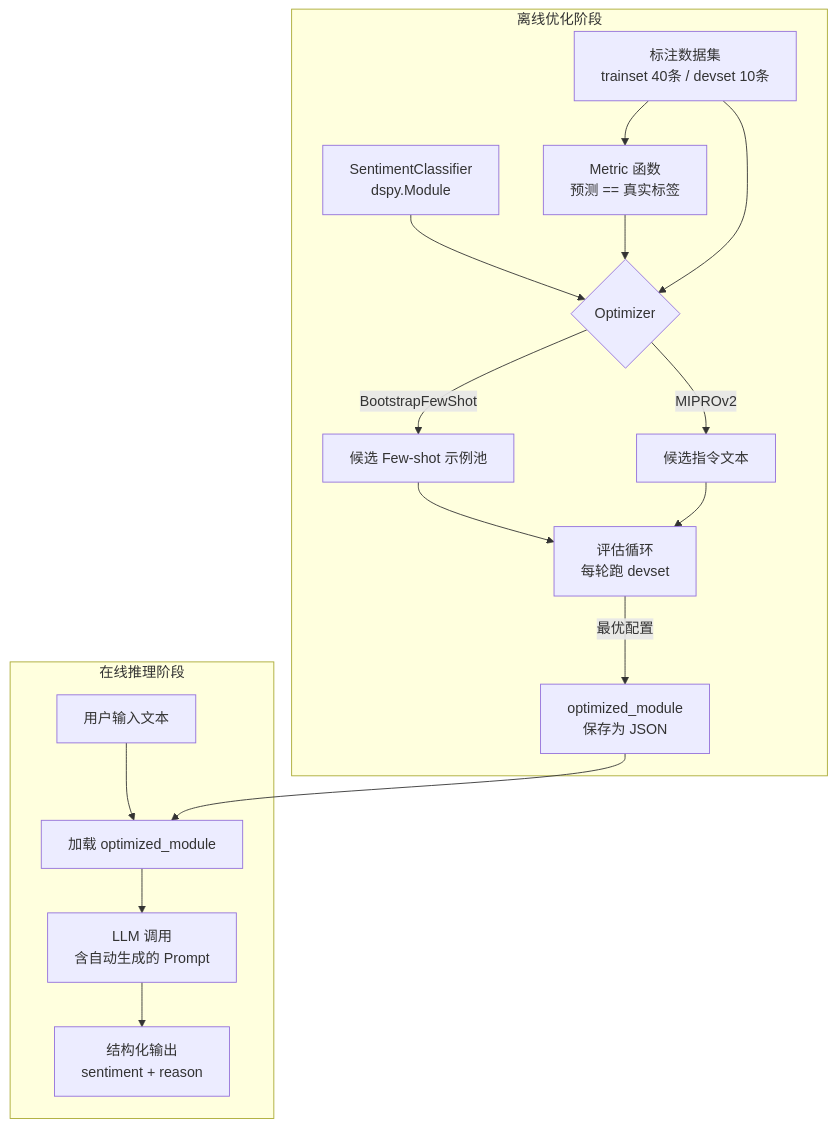
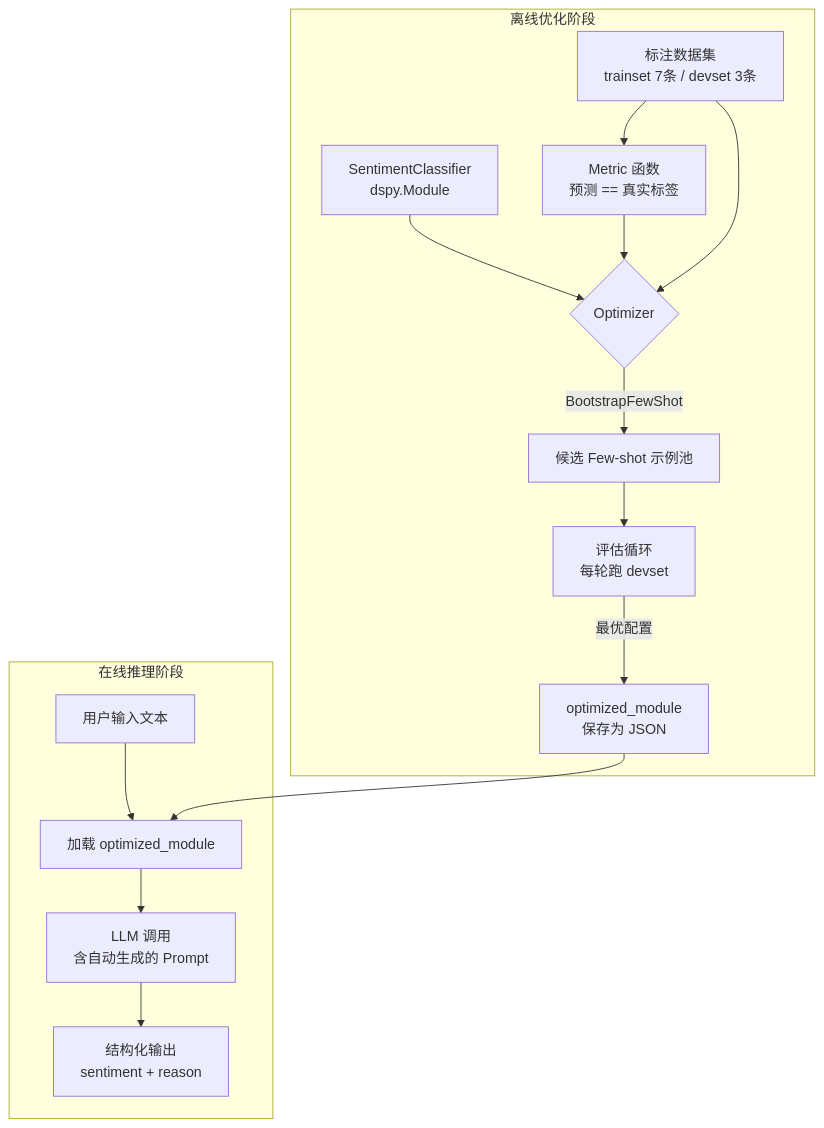
Before and after one commit to swf2020/AI-Agent-in-Practice: the diagram in docs/AI Agent 与大模型应用开发实战手册/第一章 大模型基础与 API 实战/1.3.4 【动手四】自动化 Prompt 优化器（DSPy 入门）.md, drawn with Mermaid. The commit also changed other lines of this file and 40 other files, not shown here.

````diff
--- a/docs/AI Agent 与大模型应用开发实战手册/第一章 大模型基础与 API 实战/1.3.4 【动手四】自动化 Prompt 优化器（DSPy 入门）.md
+++ b/docs/AI Agent 与大模型应用开发实战手册/第一章 大模型基础与 API 实战/1.3.4 【动手四】自动化 Prompt 优化器（DSPy 入门）.md
@@ -17,22 +17,20 @@
 ```mermaid
 graph TD
     subgraph 离线优化阶段
-        A[标注数据集<br/>trainset 40条 / devset 10条] --> B[Metric 函数<br/>预测 == 真实标签]
+        A[标注数据集<br/>trainset 7条 / devset 3条] --> B[Metric 函数<br/>预测 == 真实标签]
         C[SentimentClassifier<br/>dspy.Module] --> D{Optimizer}
         B --> D
         A --> D
         D -- BootstrapFewShot --> E[候选 Few-shot 示例池]
-        D -- MIPROv2 --> F[候选指令文本]
-        E --> G[评估循环<br/>每轮跑 devset]
-        F --> G
-        G -- 最优配置 --> H[optimized_module<br/>保存为 JSON]
+        E --> F[评估循环<br/>每轮跑 devset]
+        F -- 最优配置 --> G[optimized_module<br/>保存为 JSON]
     end
 
     subgraph 在线推理阶段
-        I[用户输入文本] --> J[加载 optimized_module]
-        J --> K[LLM 调用<br/>含自动生成的 Prompt]
-        K --> L[结构化输出<br/>sentiment + reason]
+        H[用户输入文本] --> I[加载 optimized_module]
+        I --> J[LLM 调用<br/>含自动生成的 Prompt]
+        J --> K[结构化输出<br/>sentiment + reason]
     end
 
-    H --> J
+    G --> I
 ```
````
